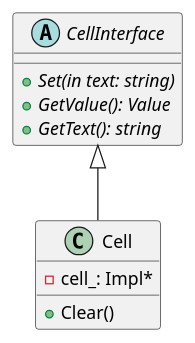
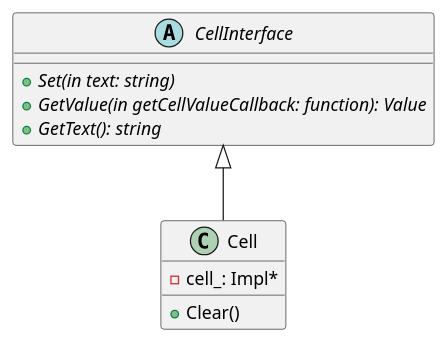
Before and after one commit to kazarynau/YandexPraktikumFinal: the diagram in uml/cell.puml, drawn with PlantUML. The commit also changed 16 other files, not shown here.

Commit message:
Add GetCellValue() callback

```diff
--- a/uml/cell.puml
+++ b/uml/cell.puml
@@ -2,16 +2,16 @@
 @startuml
 
 abstract class CellInterface {
     +{abstract} Set(in text: string)
-    +{abstract} GetValue(): Value
+    +{abstract} GetValue(in getCellValueCallback: function): Value
     +{abstract} GetText(): string
 }
 
 class Cell {
     +Clear()
     -cell_: Impl*
 }
 
 class Cell extends CellInterface
 
 @enduml
```
